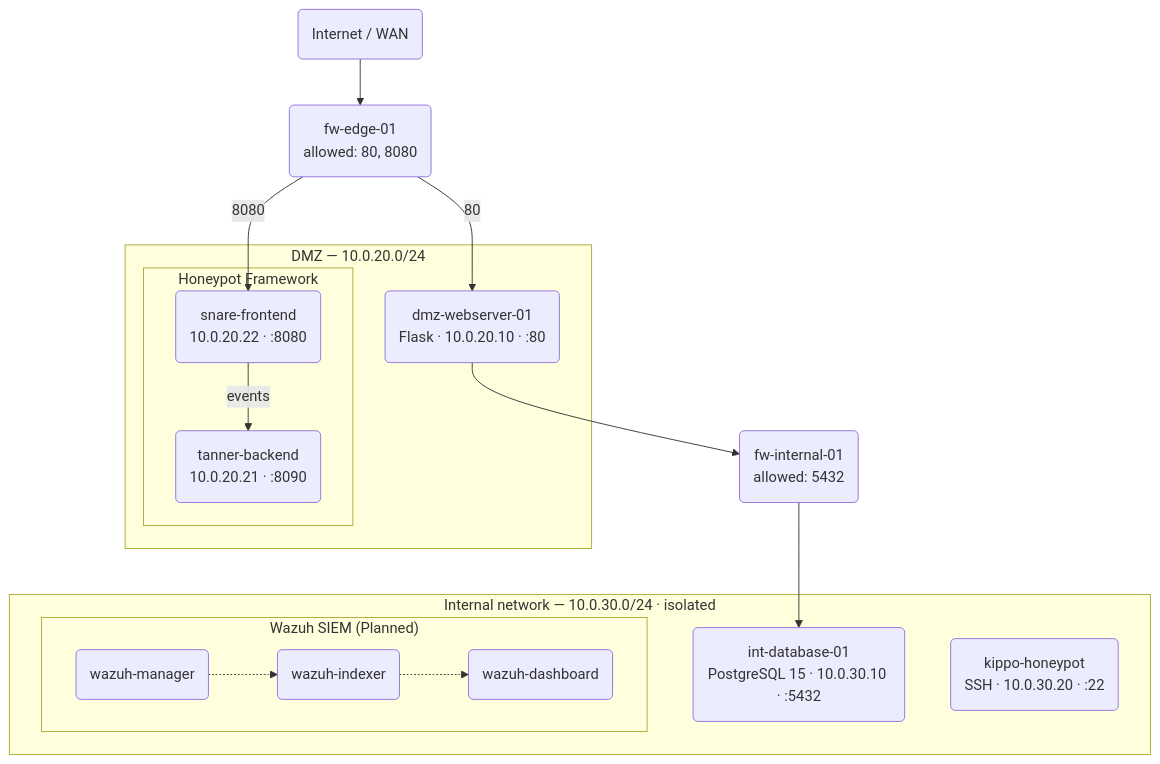
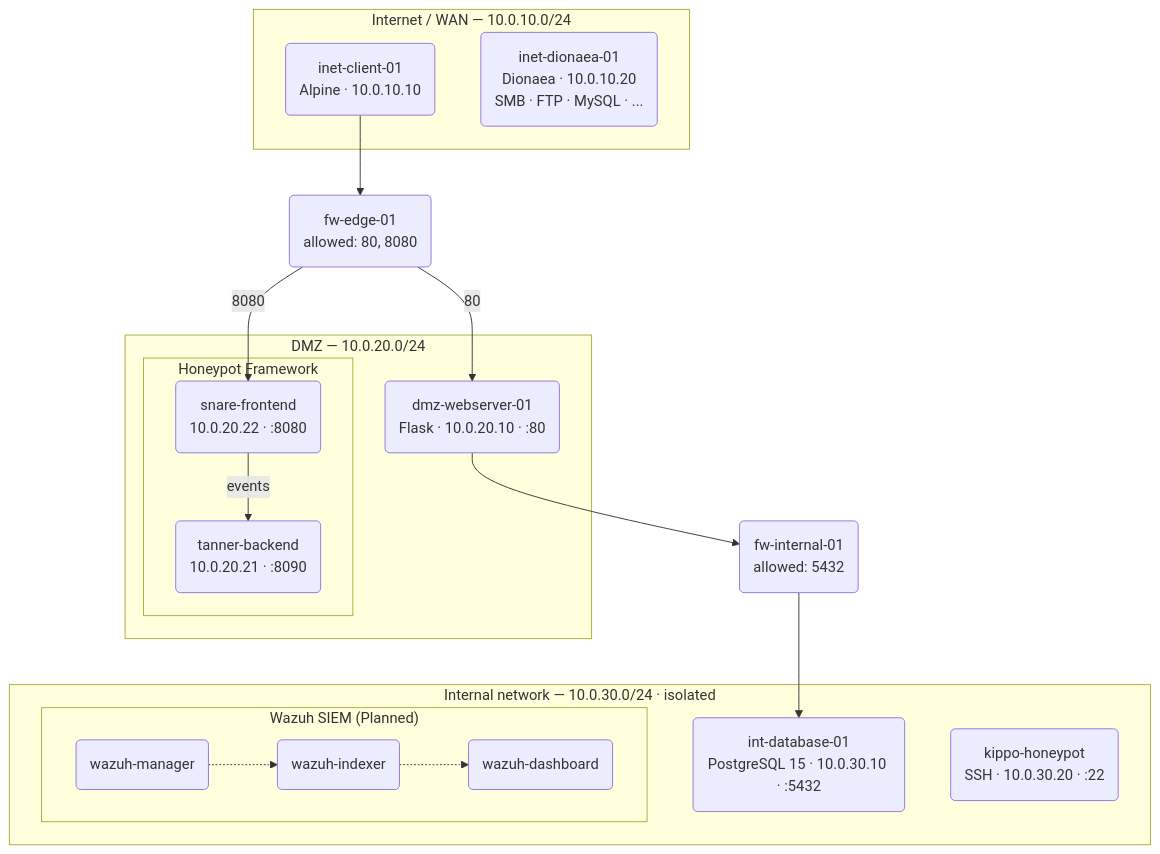
One commit to BerWalker/OopsNet changed the diagram in README.md. Above: the diagram before and after it, drawn with Mermaid. The commit also changed other lines of this file, not shown here.

Commit message:
docs: add Dionaea honeypot documentation and network diagram updates to README

````diff
--- a/README.md
+++ b/README.md
@@ -9,43 +9,46 @@
 ```mermaid
 graph TD
-    inet("Internet / WAN")
+    subgraph External ["Internet / WAN — 10.0.10.0/24"]
+        client("inet-client-01<br>Alpine · 10.0.10.10")
+        dionaea("inet-dionaea-01<br>Dionaea · 10.0.10.20<br>SMB · FTP · MySQL · ...")
+    end
 
     ext_fw("fw-edge-01<br>allowed: 80, 8080")
-    
-    inet --> ext_fw
+
+    client --> ext_fw
 
     subgraph DMZ ["DMZ — 10.0.20.0/24"]
         web("dmz-webserver-01<br>Flask · 10.0.20.10 · :80")
         
         subgraph modern_hp ["Honeypot Framework"]
             snare("snare-frontend<br>10.0.20.22 · :8080")
             tanner("tanner-backend<br>10.0.20.21 · :8090")
             snare -- "events" --> tanner
         end
     end
 
     ext_fw -- "80" --> web
     ext_fw -- "8080" --> snare
 
     int_fw("fw-internal-01<br>allowed: 5432")
     
     web --> int_fw
 
     subgraph Internal ["Internal network — 10.0.30.0/24 · isolated"]
         db("int-database-01<br>PostgreSQL 15 · 10.0.30.10 · :5432")
         hp_int("kippo-honeypot<br>SSH · 10.0.30.20 · :22")
 
         subgraph wazuh_zone ["Wazuh SIEM (Planned)"]
             direction LR
             w_mgr("wazuh-manager")
             w_idx("wazuh-indexer")
             w_dash("wazuh-dashboard")
             w_mgr -.-> w_idx
             w_idx -.-> w_dash
         end
         
         hp_int
     end
 
     int_fw --> db
 ```
````
